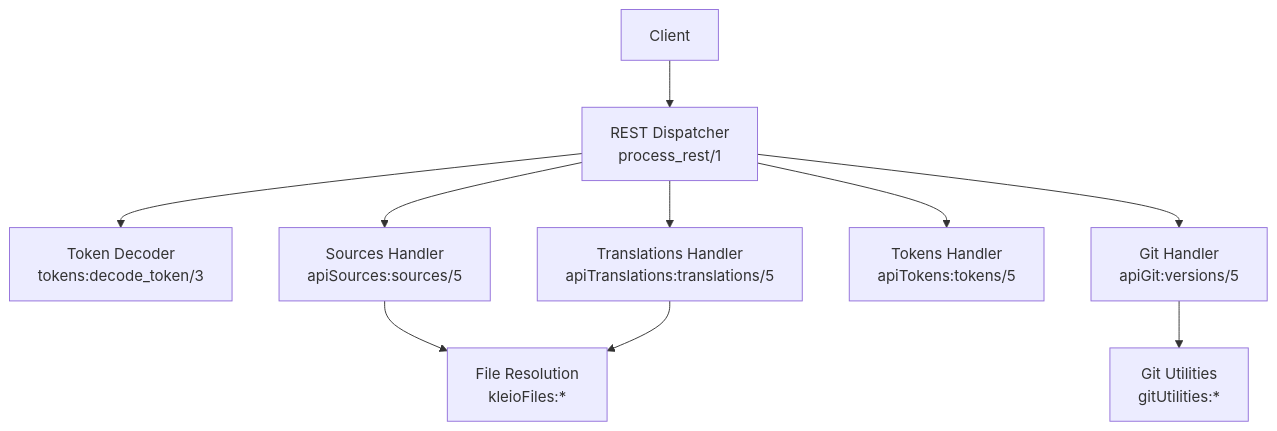
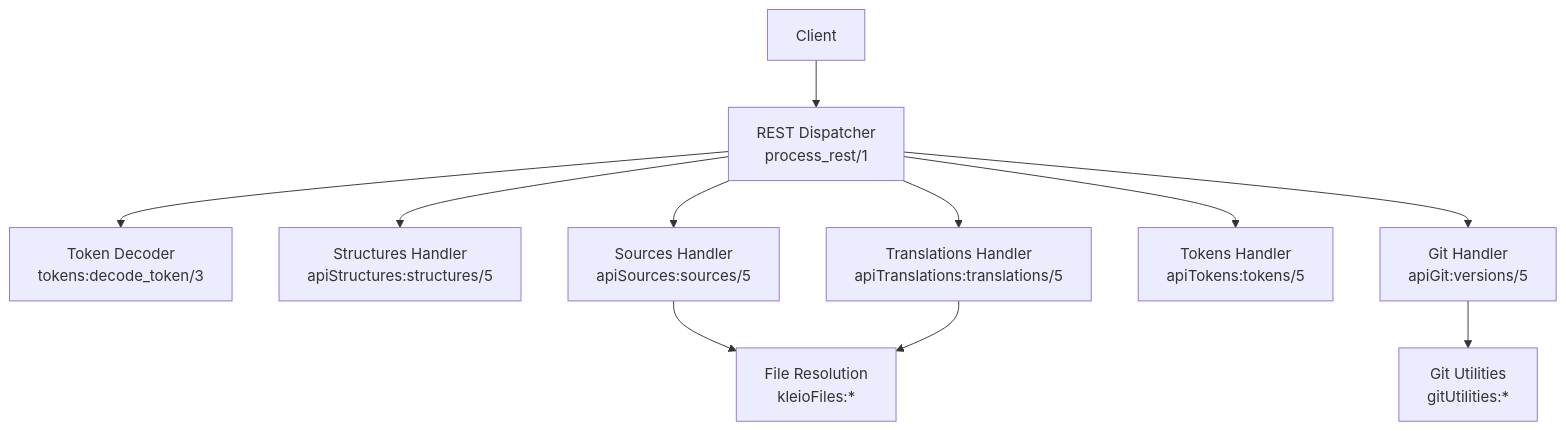
The first of 8 diagrams in .qoder/repowiki/en/content/API Reference/API Reference.md (time-link/timelink-kleio), drawn with Mermaid before and after one commit. The commit also changed other lines of this file and 189 other files, not shown here.

````diff
--- a/.qoder/repowiki/en/content/API Reference/API Reference.md
+++ b/.qoder/repowiki/en/content/API Reference/API Reference.md
@@ -46,21 +57,23 @@
 ```mermaid
 graph TB
 Client["Client"]
 REST["REST Dispatcher<br/>process_rest/1"]
 Tokens["Token Decoder<br/>tokens:decode_token/3"]
+Structures["Structures Handler<br/>apiStructures:structures/5"]
 Sources["Sources Handler<br/>apiSources:sources/5"]
 Translations["Translations Handler<br/>apiTranslations:translations/5"]
 TokensAPI["Tokens Handler<br/>apiTokens:tokens/5"]
 GitAPI["Git Handler<br/>apiGit:versions/5"]
 Files["File Resolution<br/>kleioFiles:*"]
 Git["Git Utilities<br/>gitUtilities:*"]
 Client --> REST
 REST --> Tokens
+REST --> Structures
 REST --> Sources
 REST --> Translations
 REST --> TokensAPI
 REST --> GitAPI
 Sources --> Files
 Translations --> Files
 GitAPI --> Git
 ```
````
